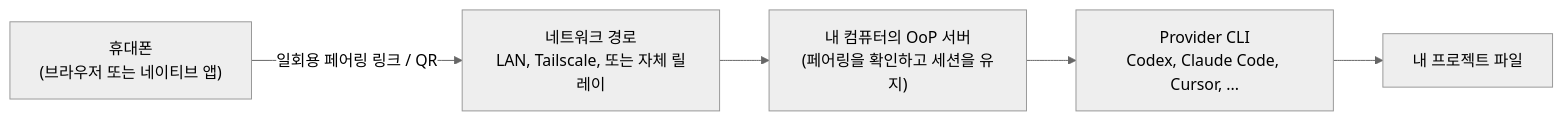
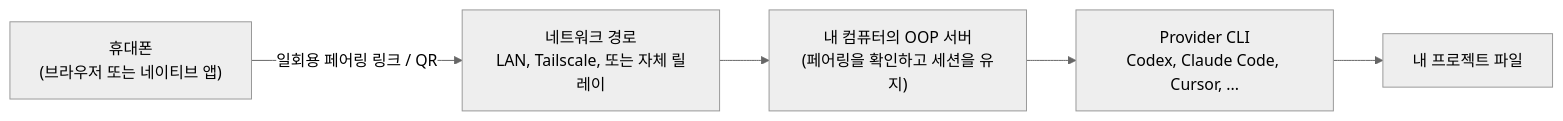
The diagram in README.ko.md (AIBeginnerX/oh-our-pi-desktop), drawn with Mermaid (neutral theme) before and after one commit. The commit also changed other lines of this file and 360 other files, not shown here.

````diff
--- a/README.ko.md
+++ b/README.ko.md
@@ -355,7 +355,7 @@
 ```mermaid
 graph LR
     P["휴대폰<br/>(브라우저 또는 네이티브 앱)"] -->|"일회용 페어링 링크 / QR"| N["네트워크 경로<br/>LAN, Tailscale, 또는 자체 릴레이"]
-    N --> S["내 컴퓨터의 OoP 서버<br/>(페어링을 확인하고 세션을 유지)"]
+    N --> S["내 컴퓨터의 OOP 서버<br/>(페어링을 확인하고 세션을 유지)"]
     S --> C["Provider CLI<br/>Codex, Claude Code, Cursor, ..."]
     C --> F["내 프로젝트 파일"]
 ```
````
